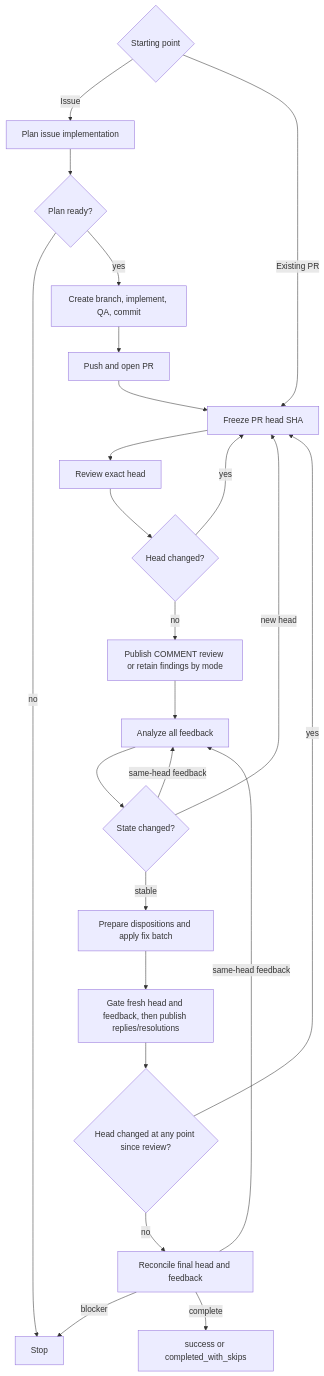
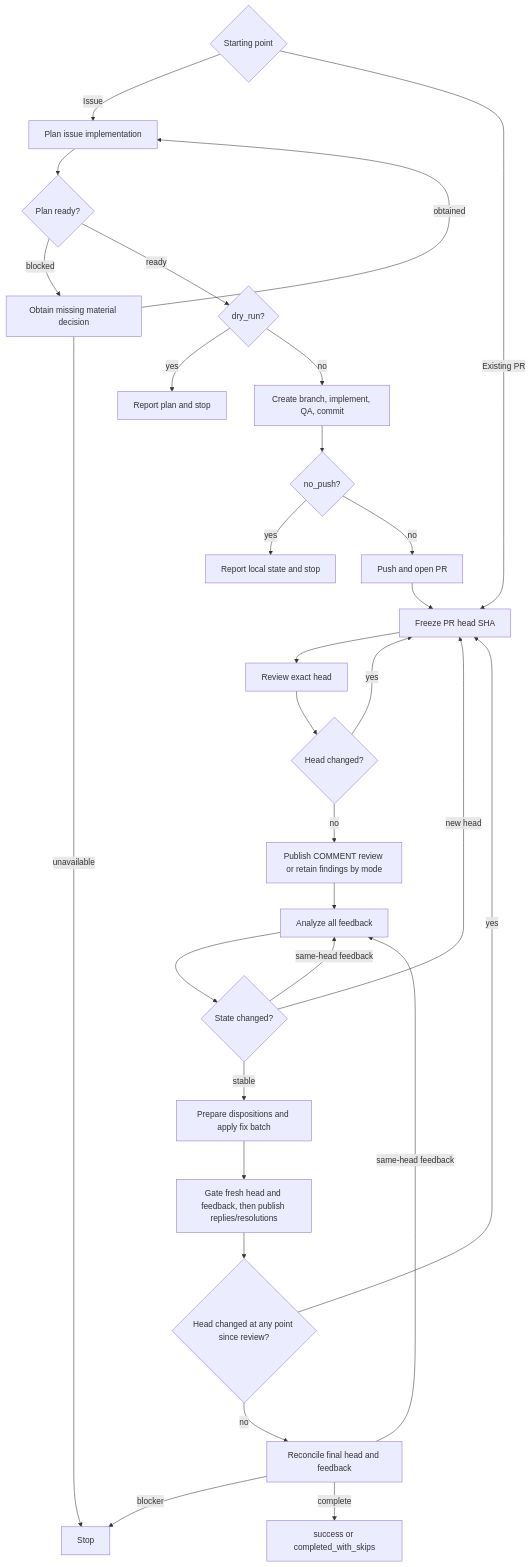
The diagram in skills/pr-loop/SKILL.md (dceoy/ai-coding-agent-skills), drawn with Mermaid before and after one commit.

Commit message:
docs: align pr-loop diagram with issue modes

````diff
--- a/skills/pr-loop/SKILL.md
+++ b/skills/pr-loop/SKILL.md
@@ -163,26 +163,32 @@
 ```mermaid
 flowchart TD
   S{Starting point} -->|Issue| P[Plan issue implementation]
   S -->|Existing PR| A
   P --> Q{Plan ready?}
-  Q -->|no| K[Stop]
-  Q -->|yes| M[Create branch, implement, QA, commit]
-  M --> N[Push and open PR]
+  Q -->|blocked| R[Obtain missing material decision]
+  R -->|obtained| P
+  R -->|unavailable| K[Stop]
+  Q -->|ready| U{dry_run?}
+  U -->|yes| T[Report plan and stop]
+  U -->|no| M[Create branch, implement, QA, commit]
+  M --> V{no_push?}
+  V -->|yes| W[Report local state and stop]
+  V -->|no| N[Push and open PR]
   N --> A[Freeze PR head SHA]
   A --> B[Review exact head]
   B --> C{Head changed?}
   C -->|yes| A
   C -->|no| D[Publish COMMENT review or retain findings by mode]
   D --> E[Analyze all feedback]
   E --> F{State changed?}
   F -->|new head| A
   F -->|same-head feedback| E
   F -->|stable| G[Prepare dispositions and apply fix batch]
   G --> H[Gate fresh head and feedback, then publish replies/resolutions]
   H --> I{Head changed at any point since review?}
   I -->|yes| A
   I -->|no| J[Reconcile final head and feedback]
   J -->|same-head feedback| E
   J -->|blocker| K[Stop]
   J -->|complete| L[success or completed_with_skips]
 ```
````
